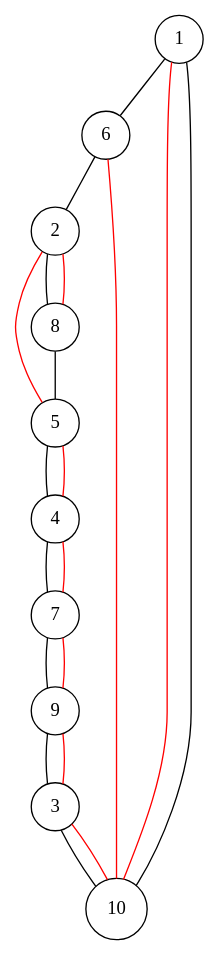
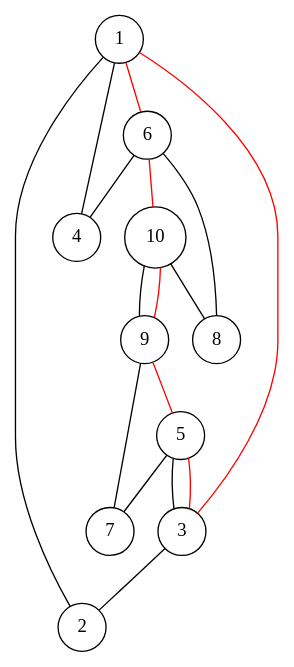
One commit to lugot/tsp-approximation changed the diagram in data_generated/random1012484/random1012484.100.dot. Above: the diagram before and after it, drawn with Graphviz. The commit also changed 10 other files, not shown here.

```diff
--- a/data_generated/random1012484/random1012484.100.dot
+++ b/data_generated/random1012484/random1012484.100.dot
@@ -1,33 +1,30 @@
 graph random1012484 {
 	node [shape=circle fillcolor=white]
 	1 [ pos = "0.667158,3.291296!"]
-	2 [ pos = "17.711670,14.948317!"]
-	3 [ pos = "8.457189,7.426452!"]
-	4 [ pos = "20.000000,12.982976!"]
-	5 [ pos = "19.648191,15.435664!"]
-	6 [ pos = "3.204100,11.130648!"]
-	7 [ pos = "18.055529,12.025427!"]
-	8 [ pos = "13.760635,15.675307!"]
-	9 [ pos = "16.573455,9.454567!"]
-	10 [ pos = "2.087824,7.511968!"]
+	2 [ pos = "2.087824,7.511968!"]
+	3 [ pos = "3.204100,11.130648!"]
+	4 [ pos = "8.457189,7.426452!"]
+	5 [ pos = "13.760635,15.675307!"]
+	6 [ pos = "16.573455,9.454567!"]
+	7 [ pos = "17.711670,14.948317!"]
+	8 [ pos = "18.055529,12.025427!"]
+	9 [ pos = "19.648191,15.435664!"]
+	10 [ pos = "20.000000,12.982976!"]
 
-	5 -- 4 [color = black]
-	4 -- 7 [color = black]
-	7 -- 9 [color = black]
-	9 -- 3 [color = black]
-	3 -- 10 [color = black]
-	10 -- 1 [color = black]
-	1 -- 6 [color = black]
-	6 -- 2 [color = black]
-	2 -- 8 [color = black]
-	8 -- 5 [color = black]
-	1 -- 10 [color = red]
-	2 -- 5 [color = red]
-	2 -- 8 [color = red]
-	3 -- 10 [color = red]
-	3 -- 9 [color = red]
-	4 -- 7 [color = red]
-	4 -- 5 [color = red]
+	1 -- 4 [color = black]
+	6 -- 8 [color = black]
+	10 -- 9 [color = black]
+	9 -- 7 [color = black]
+	5 -- 3 [color = black]
+	3 -- 2 [color = black]
+	1 -- 2 [color = black]
+	5 -- 7 [color = black]
+	6 -- 4 [color = black]
+	10 -- 8 [color = black]
+	1 -- 6 [color = red]
 	6 -- 10 [color = red]
-	7 -- 9 [color = red]
+	10 -- 9 [color = red]
+	9 -- 5 [color = red]
+	5 -- 3 [color = red]
+	3 -- 1 [color = red]
 }
```
